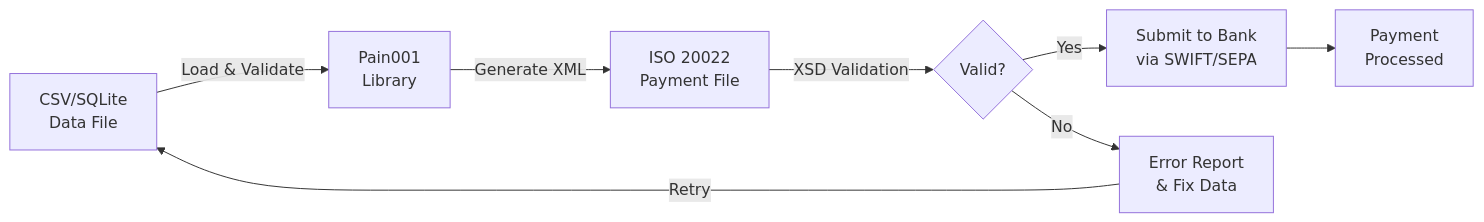
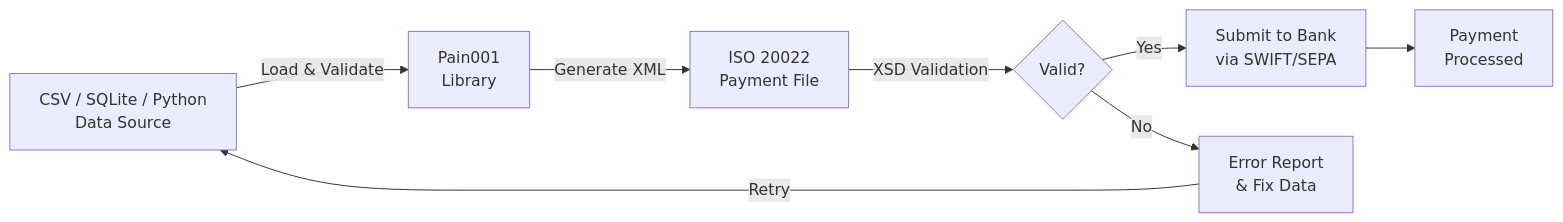
The first of 2 diagrams in README.md (MindoraOne/iso20022-hn), drawn with Mermaid before and after one commit. The commit also changed other lines of this file and 14 other files, not shown here.

````diff
--- a/README.md
+++ b/README.md
@@ -91,16 +91,16 @@
 ```mermaid
 flowchart LR
-    A["CSV/SQLite
-    Data File"] -->|Load & Validate| B["Pain001
+    A["CSV / SQLite / Python
+    Data Source"] -->|Load & Validate| B["Pain001
     Library"]
     B -->|Generate XML| C["ISO 20022
     Payment File"]
     C -->|XSD Validation| D{Valid?}
     D -->|Yes| E["Submit to Bank
     via SWIFT/SEPA"]
     D -->|No| F["Error Report
     & Fix Data"]
     F -->|Retry| A
     E --> G["Payment
     Processed"]
 ```
````
